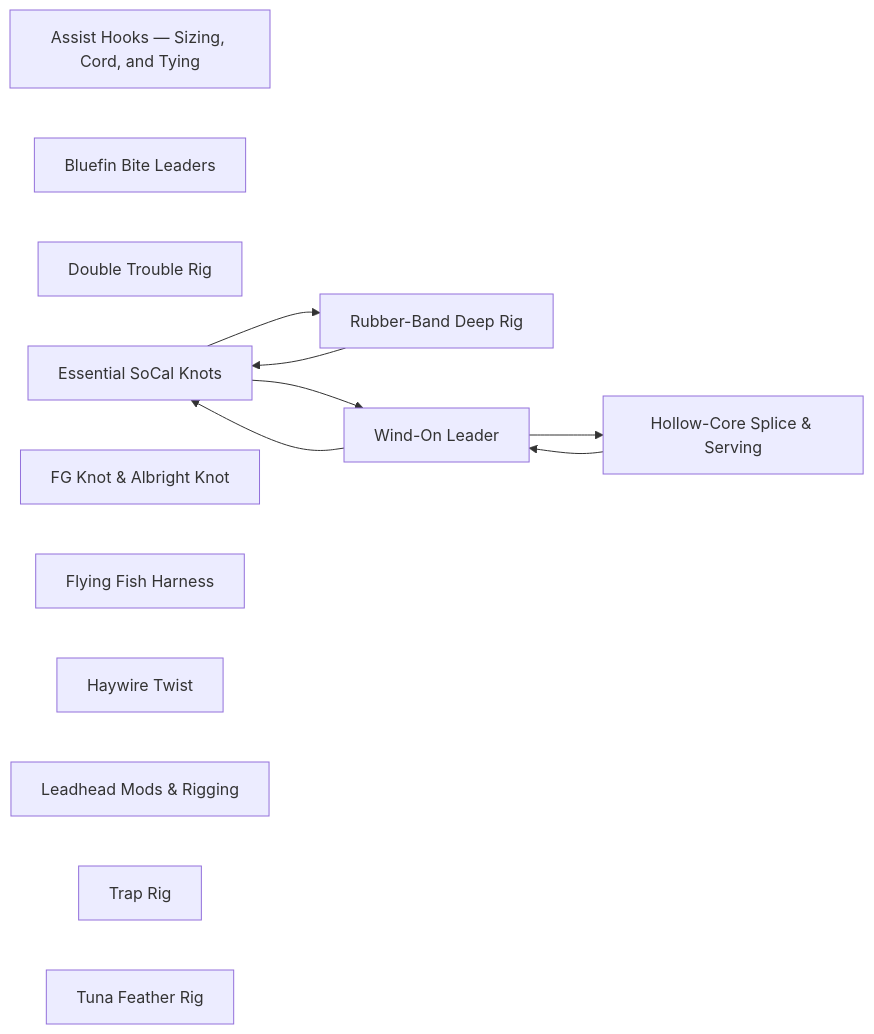
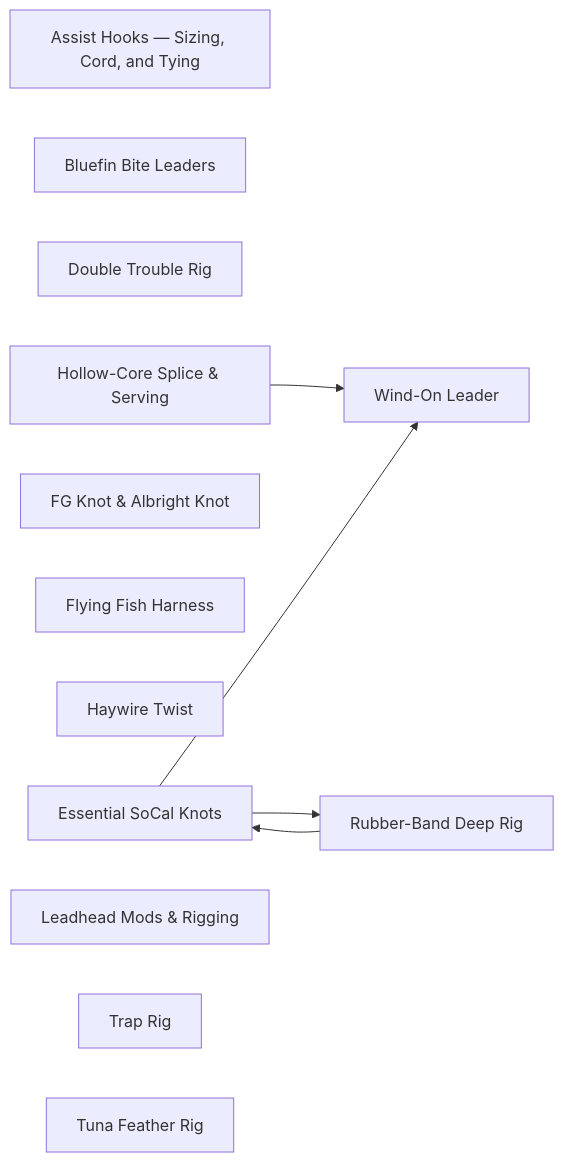
Before and after one commit to camchuckpete-max/Socal-Fishing-Knowledge: the diagram in rigging/README.md, drawn with Mermaid. The commit also changed other lines of this file and 124 other files, not shown here.

````diff
--- a/rigging/README.md
+++ b/rigging/README.md
@@ -26,22 +26,20 @@
 ```mermaid
 graph LR
   n0["Assist Hooks — Sizing, Cord, and Tying"]
   n1["Bluefin Bite Leaders"]
   n2["Double Trouble Rig"]
   n3["Essential SoCal Knots"]
   n4["FG Knot & Albright Knot"]
   n5["Flying Fish Harness"]
   n6["Haywire Twist"]
   n7["Hollow-Core Splice & Serving"]
   n8["Leadhead Mods & Rigging"]
   n9["Rubber-Band Deep Rig"]
   n10["Trap Rig"]
   n11["Tuna Feather Rig"]
   n12["Wind-On Leader"]
-  n12 --> n3
-  n12 --> n7
   n3 --> n12
   n3 --> n9
   n7 --> n12
   n9 --> n3
 ```
````
